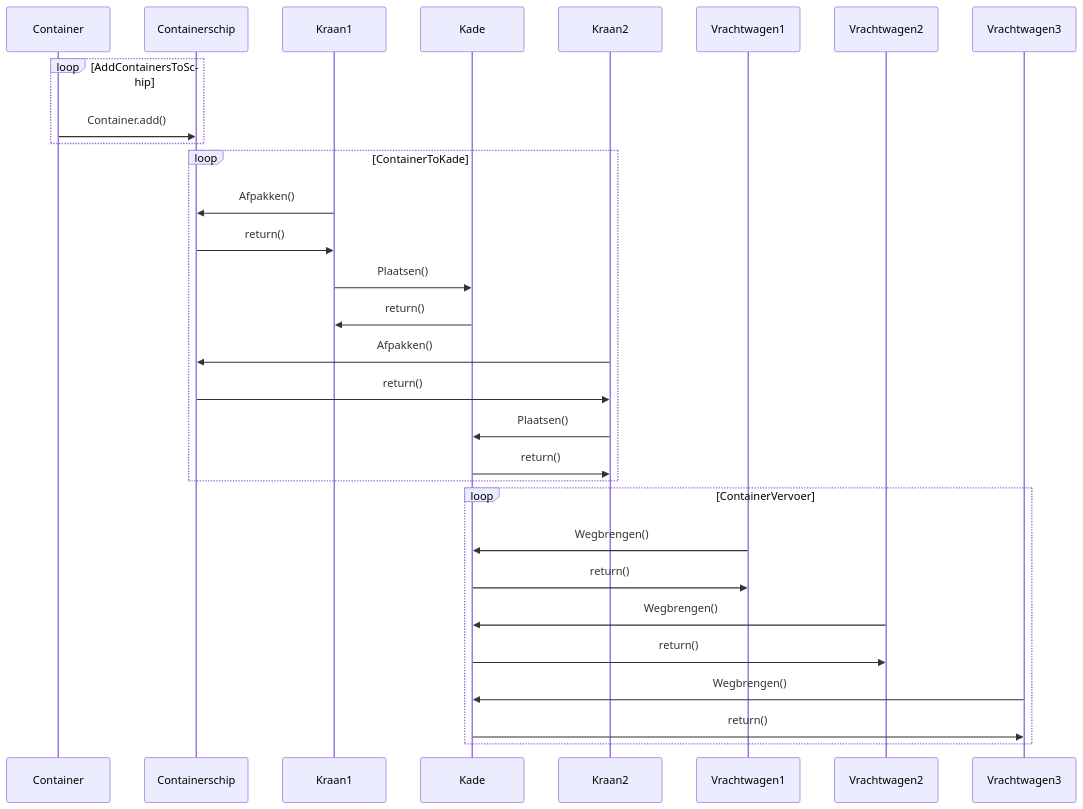
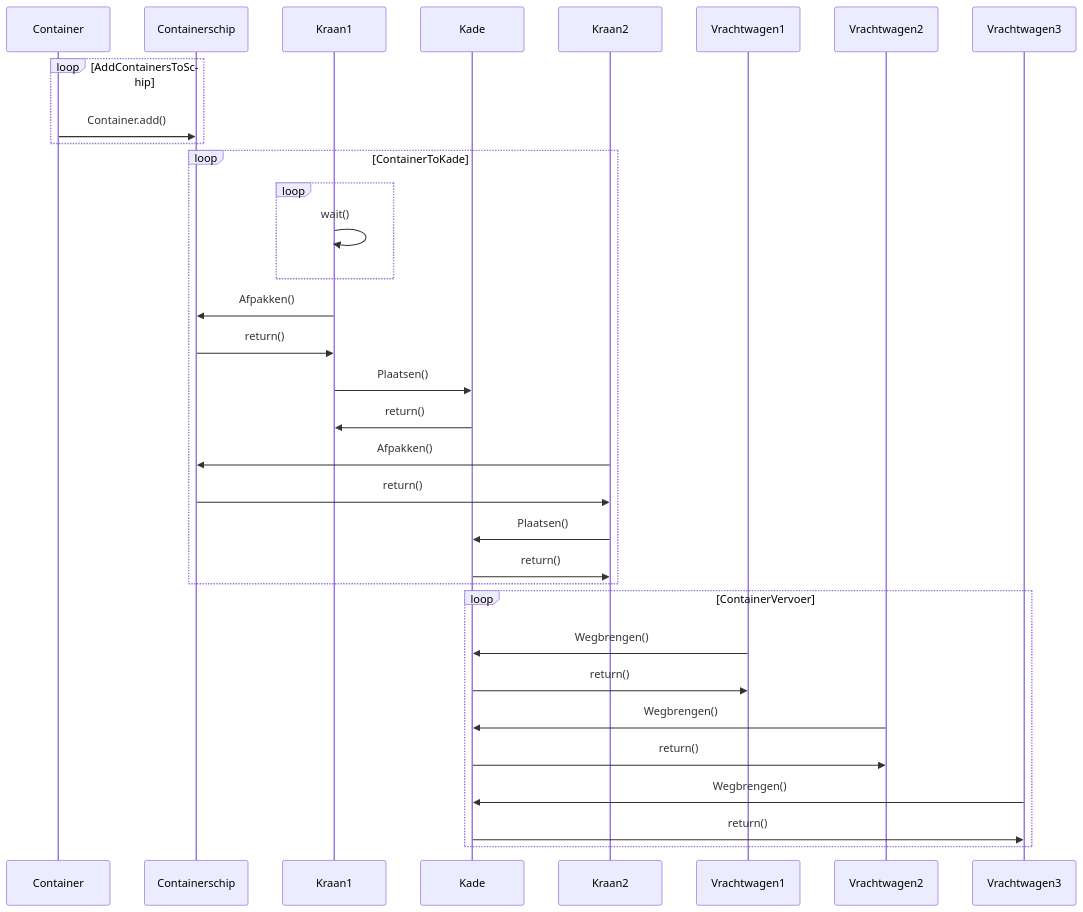
Before and after one commit to RockFreakRickerd/SameCodeDifferentLanguagues: the first of 2 diagrams in ShipQuay/README.md, drawn with Mermaid.

````diff
--- a/ShipQuay/README.md
+++ b/ShipQuay/README.md
@@ -5,24 +5,27 @@
 ```mermaid
 sequenceDiagram
 loop AddContainersToSchip
   Container->>Containerschip: Container.add()
 end
 loop ContainerToKade
+  loop
+    Kraan1->>Kraan1: wait()
+  end
   Kraan1->>Containerschip: Afpakken()
   Containerschip->>Kraan1: return()
   Kraan1->>Kade: Plaatsen()
   Kade->>Kraan1: return()
   Kraan2->>Containerschip: Afpakken()
   Containerschip->>Kraan2: return()
   Kraan2->>Kade: Plaatsen()
   Kade->>Kraan2: return()
 end
 loop ContainerVervoer
   Vrachtwagen1->>Kade: Wegbrengen()
   Kade->>Vrachtwagen1: return()
   Vrachtwagen2->>Kade: Wegbrengen()
   Kade->>Vrachtwagen2: return()
   Vrachtwagen3->>Kade: Wegbrengen()
   Kade->>Vrachtwagen3: return()
 end
 ```
````
